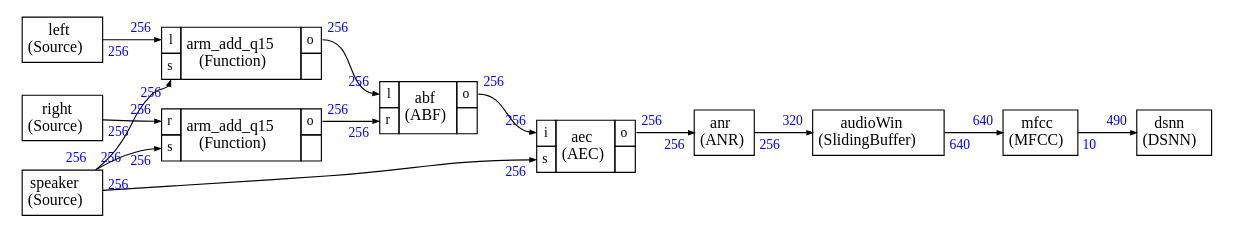
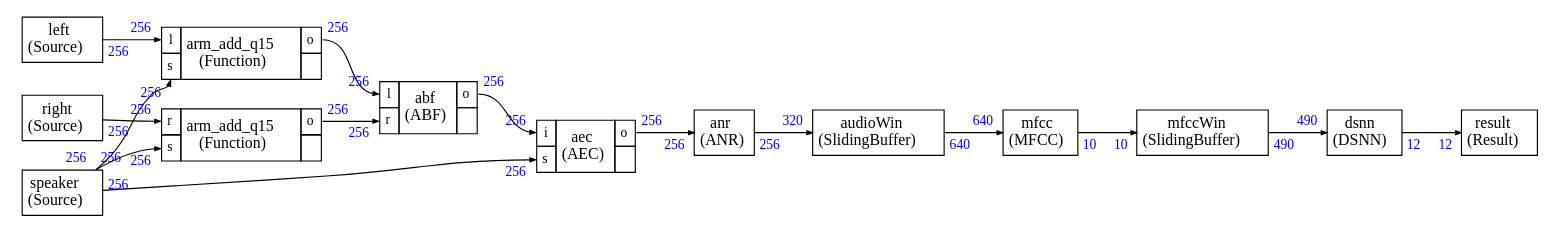
The diagram in src/cmsis_stream/pre_schedule_audiomark.dot (christophe0606/audiomark), drawn with Graphviz before and after one commit. The commit also changed 32 other files, not shown here.

```diff
--- a/src/cmsis_stream/pre_schedule_audiomark.dot
+++ b/src/cmsis_stream/pre_schedule_audiomark.dot
@@ -116,10 +116,24 @@
   </TR>
 </TABLE>>];
 
+mfccWin [label=<
+<TABLE color="black" bgcolor="none" BORDER="0" CELLBORDER="1" CELLSPACING="0" CELLPADDING="4">
+  <TR>
+    <TD ALIGN="CENTER" PORT="i"><FONT COLOR="black" POINT-SIZE="14.0">mfccWin<BR/>(SlidingBuffer)</FONT></TD>
+  </TR>
+</TABLE>>];
+
 dsnn [label=<
 <TABLE color="black" bgcolor="none" BORDER="0" CELLBORDER="1" CELLSPACING="0" CELLPADDING="4">
   <TR>
     <TD ALIGN="CENTER" PORT="i"><FONT COLOR="black" POINT-SIZE="14.0">dsnn<BR/>(DSNN)</FONT></TD>
+  </TR>
+</TABLE>>];
+
+result [label=<
+<TABLE color="black" bgcolor="none" BORDER="0" CELLBORDER="1" CELLSPACING="0" CELLPADDING="4">
+  <TR>
+    <TD ALIGN="CENTER" PORT="i"><FONT COLOR="black" POINT-SIZE="14.0">result<BR/>(Result)</FONT></TD>
   </TR>
 </TABLE>>];
 
@@ -191,11 +205,23 @@
 ,taillabel=<<TABLE BORDER="0" CELLPADDING="2"><TR><TD><FONT COLOR="blue" POINT-SIZE="12.0" >640</FONT>
 </TD></TR></TABLE>>]
 
-mfcc:i -> dsnn:i [style="solid",color="black",label=""
-,headlabel=<<TABLE BORDER="0" CELLPADDING="2"><TR><TD><FONT COLOR="blue" POINT-SIZE="12.0" >490</FONT>
+mfcc:i -> mfccWin:i [style="solid",color="black",label=""
+,headlabel=<<TABLE BORDER="0" CELLPADDING="2"><TR><TD><FONT COLOR="blue" POINT-SIZE="12.0" >10</FONT>
 </TD></TR></TABLE>>
 ,taillabel=<<TABLE BORDER="0" CELLPADDING="2"><TR><TD><FONT COLOR="blue" POINT-SIZE="12.0" >10</FONT>
 </TD></TR></TABLE>>]
 
+mfccWin:i -> dsnn:i [style="solid",color="black",label=""
+,headlabel=<<TABLE BORDER="0" CELLPADDING="2"><TR><TD><FONT COLOR="blue" POINT-SIZE="12.0" >490</FONT>
+</TD></TR></TABLE>>
+,taillabel=<<TABLE BORDER="0" CELLPADDING="2"><TR><TD><FONT COLOR="blue" POINT-SIZE="12.0" >490</FONT>
+</TD></TR></TABLE>>]
+
+dsnn:i -> result:i [style="solid",color="black",label=""
+,headlabel=<<TABLE BORDER="0" CELLPADDING="2"><TR><TD><FONT COLOR="blue" POINT-SIZE="12.0" >12</FONT>
+</TD></TR></TABLE>>
+,taillabel=<<TABLE BORDER="0" CELLPADDING="2"><TR><TD><FONT COLOR="blue" POINT-SIZE="12.0" >12</FONT>
+</TD></TR></TABLE>>]
+
 
 }
```
